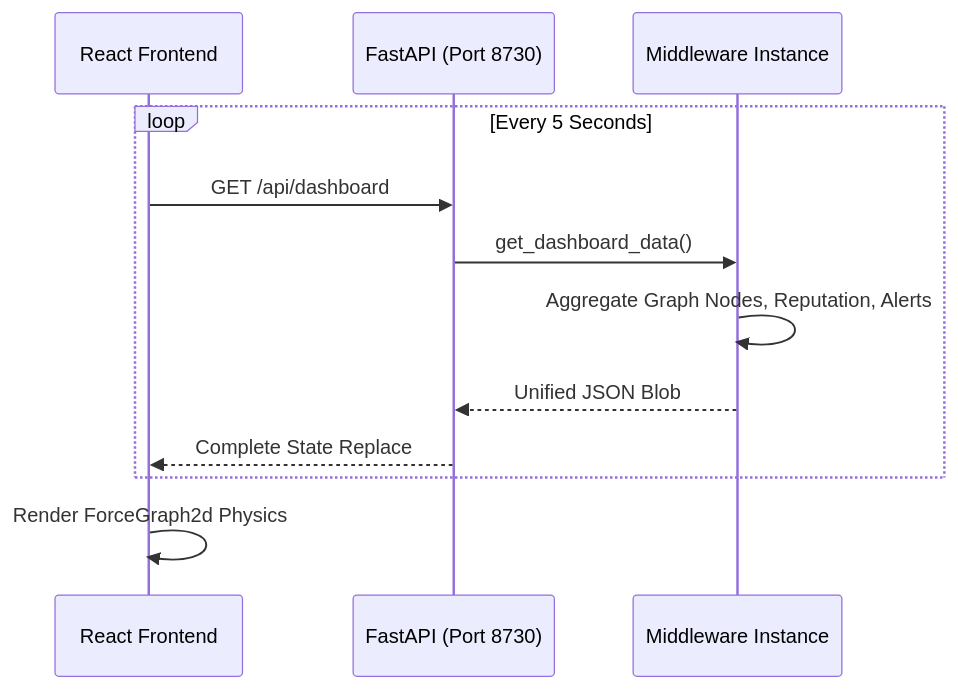
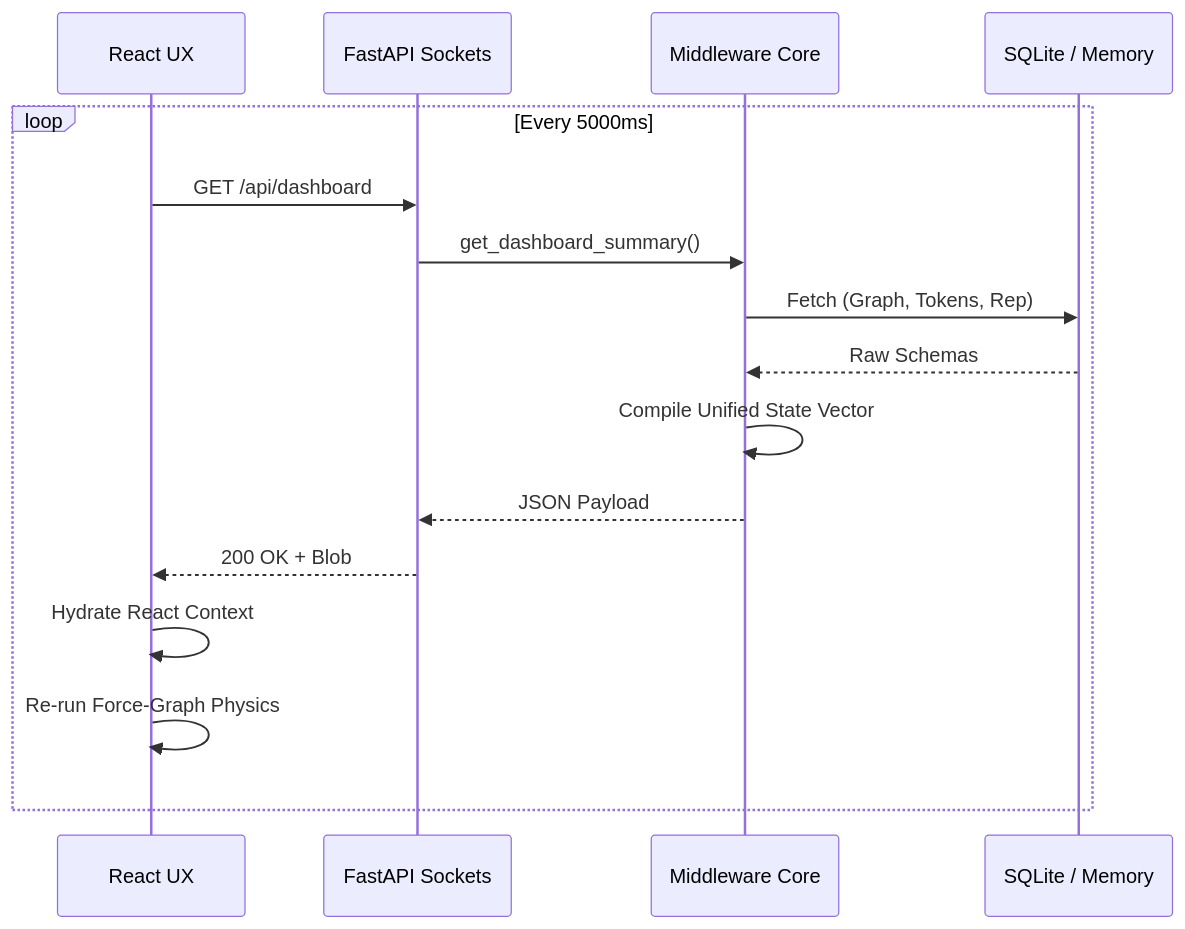
The tenth of 30 diagrams in README.md (MrDecryptDecipher/Agent-Trust), drawn with Mermaid before and after one commit. The commit also changed other lines of this file, not shown here.

Commit message:
Fix rendering format for 30 Mermaid diagrams to strictly use basic edge and block formatting for complete compatiblity

````diff
--- a/README.md
+++ b/README.md
@@ -152,14 +216,19 @@
 ```mermaid
 sequenceDiagram
-    participant UI as React Frontend
-    participant F as FastAPI (Port 8730)
-    participant M as Middleware Instance
-    loop Every 5 Seconds
-    UI->>F: GET /api/dashboard
-    F->>M: get_dashboard_data()
-    M->>M: Aggregate Graph Nodes, Reputation, Alerts
-    M-->>F: Unified JSON Blob
-    F-->>UI: Complete State Replace
+    participant UI as React UX 
+    participant F as FastAPI Sockets
+    participant M as Middleware Core
+    participant DB as SQLite / Memory
+    
+    loop Every 5000ms
+        UI->>F: GET /api/dashboard
+        F->>M: get_dashboard_summary()
+        M->>DB: Fetch (Graph, Tokens, Rep)
+        DB-->>M: Raw Schemas
+        M->>M: Compile Unified State Vector
+        M-->>F: JSON Payload
+        F-->>UI: 200 OK + Blob
+        UI->>UI: Hydrate React Context
+        UI->>UI: Re-run Force-Graph Physics
     end
-    UI->>UI: Render ForceGraph2d Physics
 ```
````
